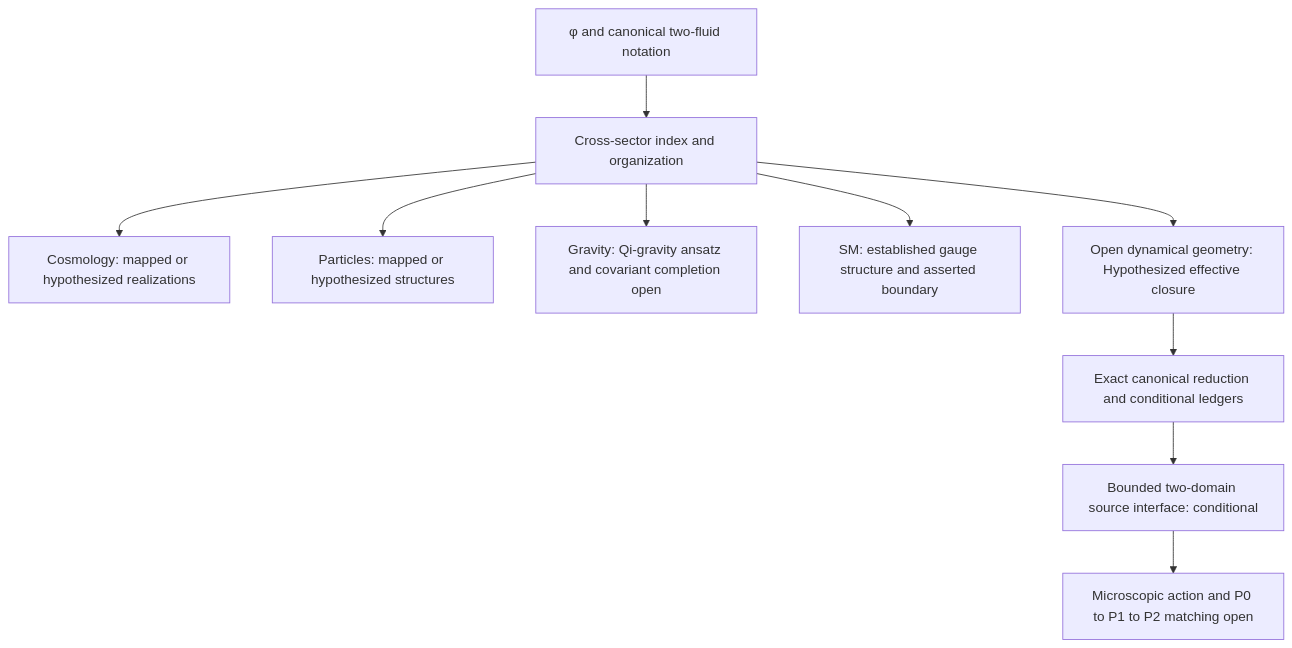
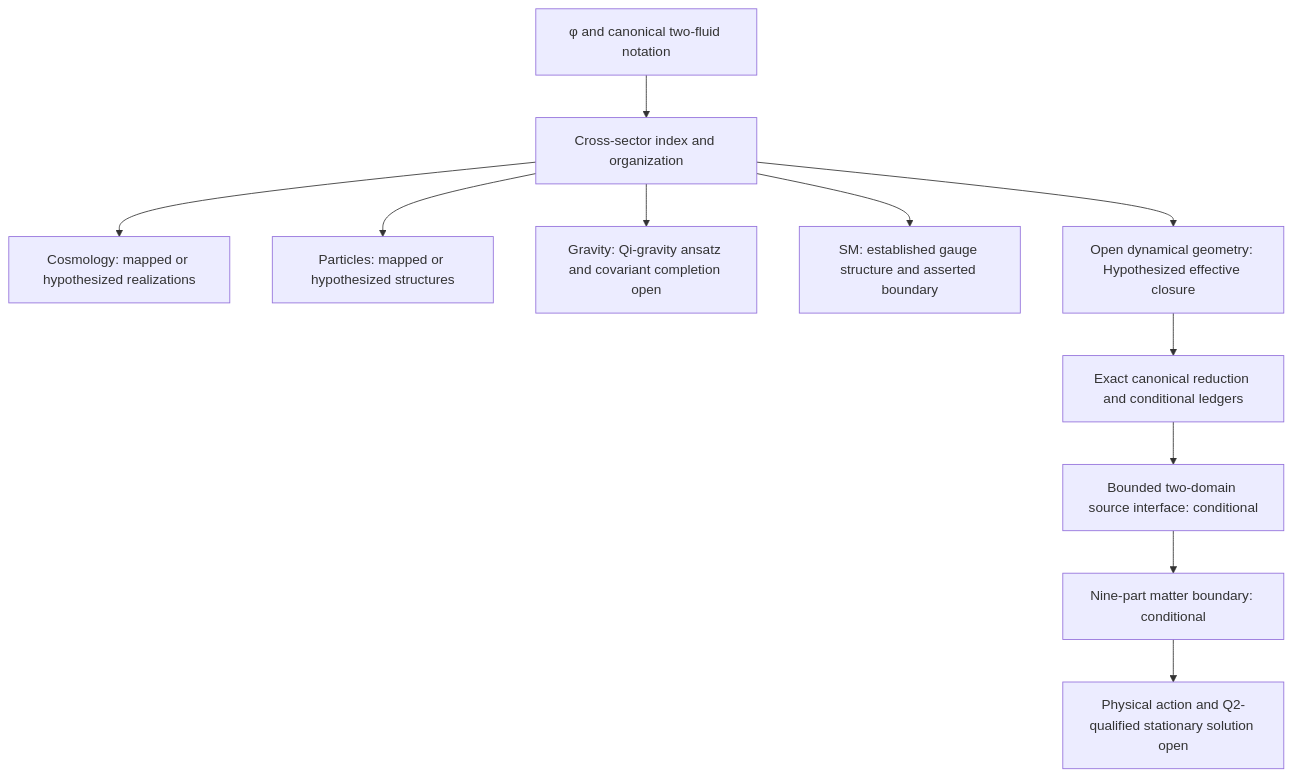
Diagram 28 of 37 in CassiTheory/open-questions-cassi-answers.md (CassiTheOracle/cassi), drawn with Mermaid before and after one commit. The commit also changed other lines of this file and 12 other files, not shown here.

Commit message:
feat: integrate nine-part matter completion boundary

````diff
--- a/CassiTheory/open-questions-cassi-answers.md
+++ b/CassiTheory/open-questions-cassi-answers.md
@@ -1115,12 +1124,13 @@
 ```mermaid
 flowchart TD
     A[φ and canonical two-fluid notation] --> B[Cross-sector index and organization]
     B --> C[Cosmology: mapped or hypothesized realizations]
     B --> D[Particles: mapped or hypothesized structures]
     B --> E[Gravity: Qi-gravity ansatz and covariant completion open]
     B --> F[SM: established gauge structure and asserted boundary]
     B --> H[Open dynamical geometry: Hypothesized effective closure]
     H --> I[Exact canonical reduction and conditional ledgers]
     I --> J[Bounded two-domain source interface: conditional]
-    J --> G[Microscopic action and P0 to P1 to P2 matching open]
+    J --> K[Nine-part matter boundary: conditional]
+    K --> G[Physical action and Q2-qualified stationary solution open]
 ```
````
